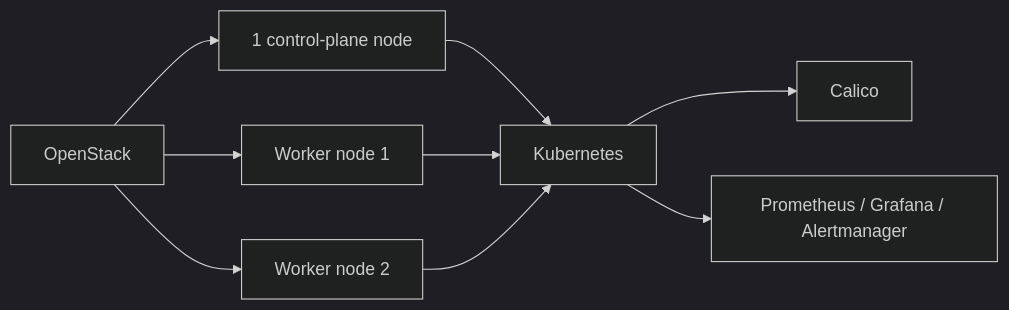
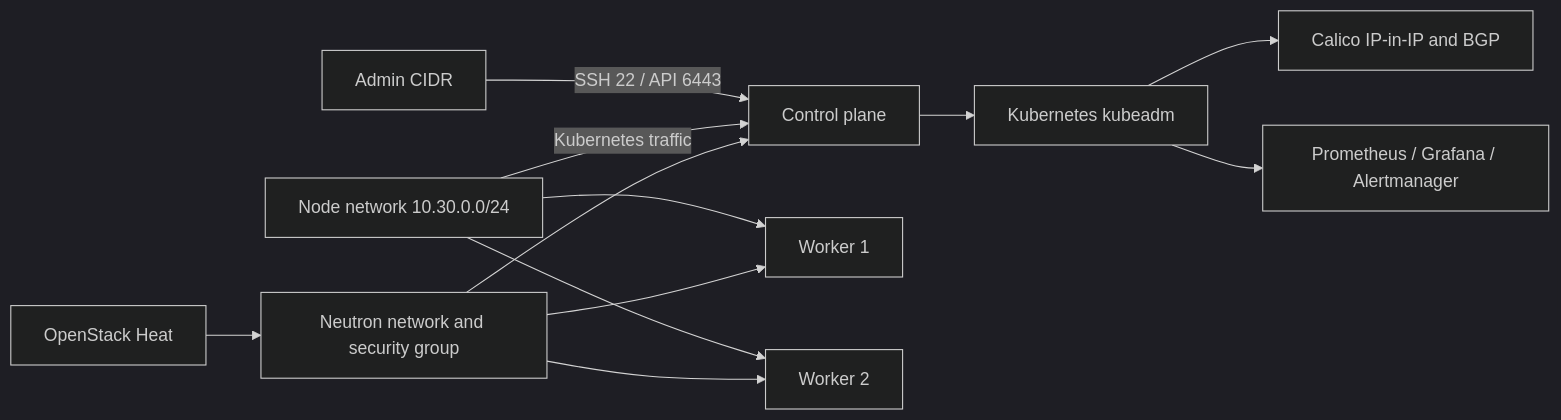
Before and after one commit to farah-ben-harb/k8s-cluster-automation: the diagram in README.md, drawn with Mermaid (dark theme). The commit also changed other lines of this file and 16 other files, not shown here.

````diff
--- a/README.md
+++ b/README.md
@@ -17,11 +25,14 @@
 ```mermaid
 flowchart LR
-    OpenStack --> ControlPlane[1 control-plane node]
-    OpenStack --> Worker1[Worker node 1]
-    OpenStack --> Worker2[Worker node 2]
-    ControlPlane --> Kubernetes
-    Worker1 --> Kubernetes
-    Worker2 --> Kubernetes
-    Kubernetes --> Calico
+    Admin[Admin CIDR] -->|SSH 22 / API 6443| Master[Control plane]
+    NodeCIDR[Node network 10.30.0.0/24] -->|Kubernetes traffic| Master
+    NodeCIDR --> Worker1[Worker 1]
+    NodeCIDR --> Worker2[Worker 2]
+    OpenStack[OpenStack Heat] --> Network[Neutron network and security group]
+    Network --> Master
+    Network --> Worker1
+    Network --> Worker2
+    Master --> Kubernetes[Kubernetes kubeadm]
+    Kubernetes --> Calico[Calico IP-in-IP and BGP]
     Kubernetes --> Monitoring[Prometheus / Grafana / Alertmanager]
 ```
````
